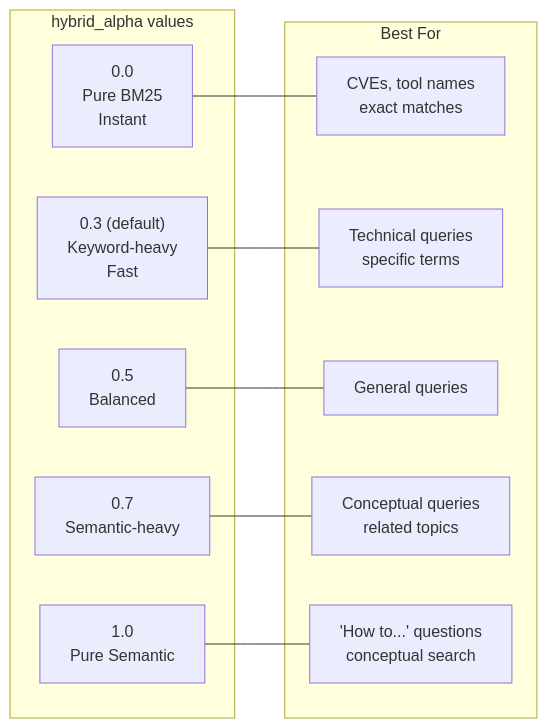
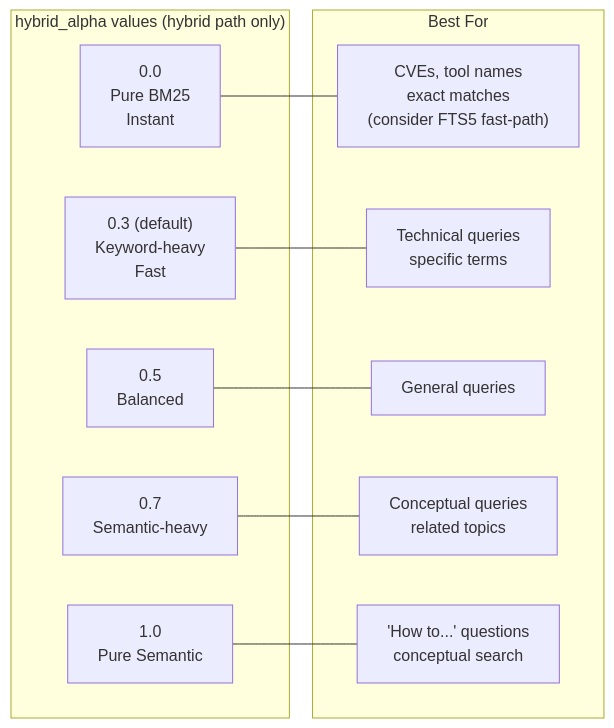
The fourth of 4 diagrams in README.md (imakealol/knowledge-rag), drawn with Mermaid before and after one commit. The commit also changed other lines of this file, not shown here.

````diff
--- a/README.md
+++ b/README.md
@@ -373,24 +423,24 @@
 ```mermaid
 flowchart LR
-    subgraph ALPHA["hybrid_alpha values"]
+    subgraph ALPHA["hybrid_alpha values (hybrid path only)"]
         A0["0.0<br/>Pure BM25<br/>Instant"]
         A3["0.3 (default)<br/>Keyword-heavy<br/>Fast"]
         A5["0.5<br/>Balanced"]
         A7["0.7<br/>Semantic-heavy"]
         A10["1.0<br/>Pure Semantic"]
     end
 
     subgraph USE["Best For"]
-        U0["CVEs, tool names<br/>exact matches"]
+        U0["CVEs, tool names<br/>exact matches<br/>(consider FTS5 fast-path)"]
         U3["Technical queries<br/>specific terms"]
         U5["General queries"]
         U7["Conceptual queries<br/>related topics"]
         U10["'How to...' questions<br/>conceptual search"]
     end
 
     A0 --- U0
     A3 --- U3
     A5 --- U5
     A7 --- U7
     A10 --- U10
 ```
````
